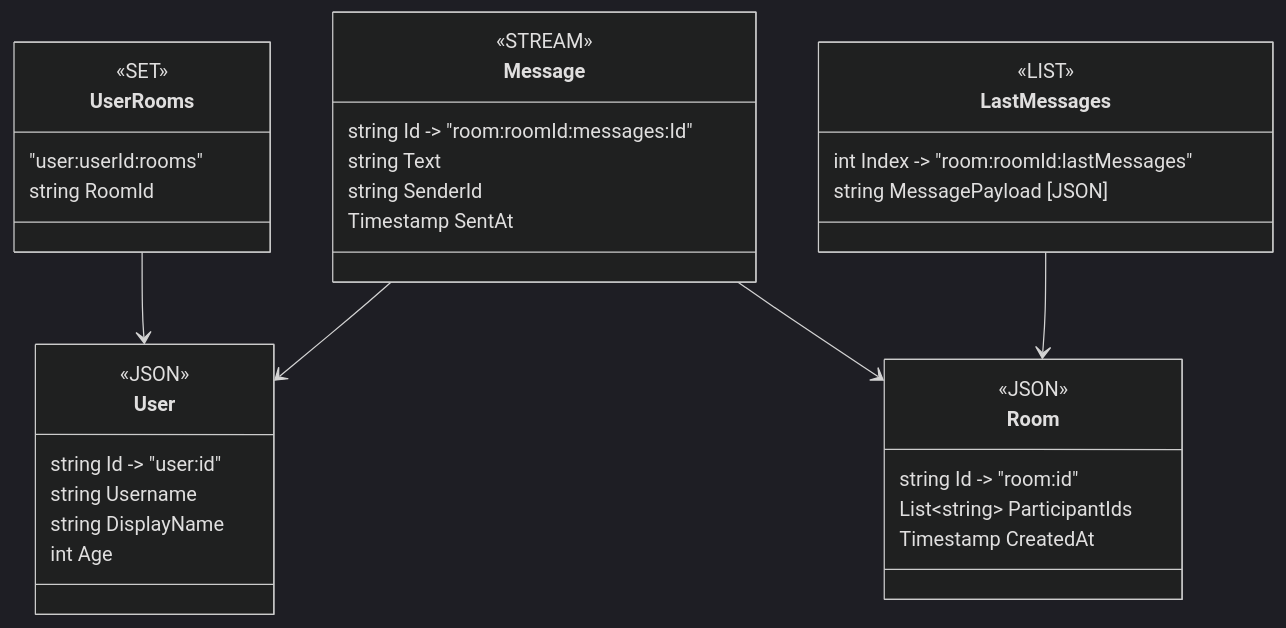
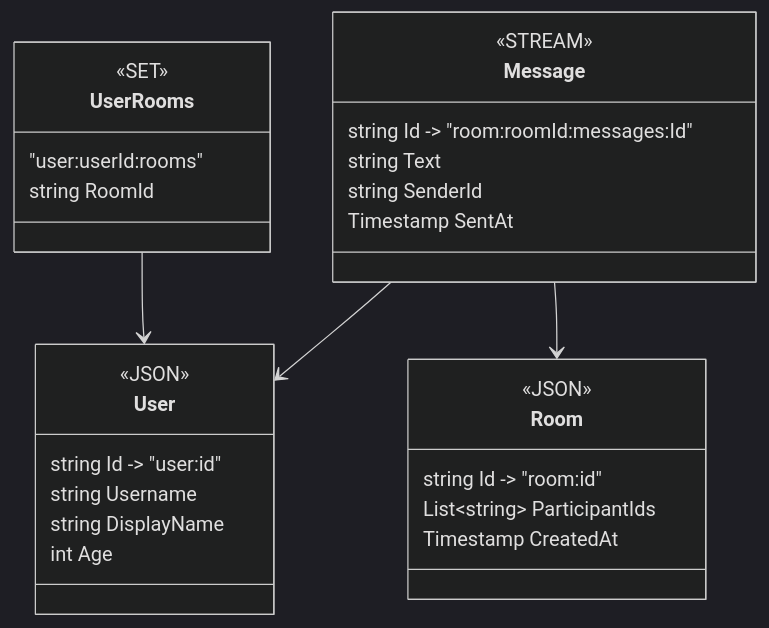
Before and after one commit to CJovan02/chat-app: the diagram in README.md, drawn with Mermaid (dark theme). The commit also changed other lines of this file, not shown here.

````diff
--- a/README.md
+++ b/README.md
@@ -6,42 +24,35 @@
 ```mermaid
 classDiagram
     class User {
         <<JSON>>
         string Id -> "user:id"
         string Username
         string DisplayName
         int Age
     }
 
     class UserRooms {
         <<SET>>
         "user:userId:rooms"
         string RoomId
     }
 
     class Room {
         <<JSON>>
         string Id -> "room:id"
         List~string~ ParticipantIds
         Timestamp CreatedAt
     }
 
     class Message {
         <<STREAM>>
         string Id -> "room:roomId:messages:Id"
         string Text
         string SenderId
         Timestamp SentAt
     }
 
-    class LastMessages {
-        <<LIST>>
-        int Index -> "room:roomId:lastMessages"
-        string MessagePayload [JSON]
-    }
-
     UserRooms --> User
     Message --> User
     Message --> Room
-    LastMessages --> Room
 ```
````
